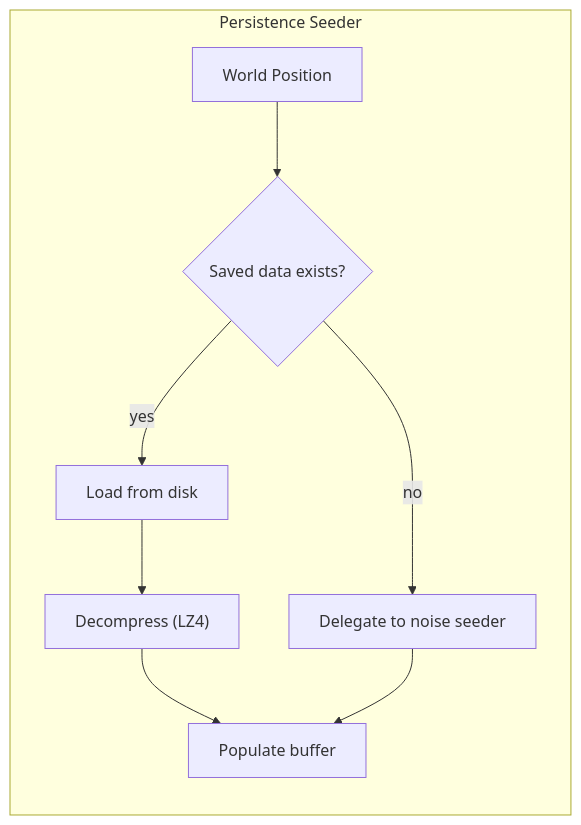
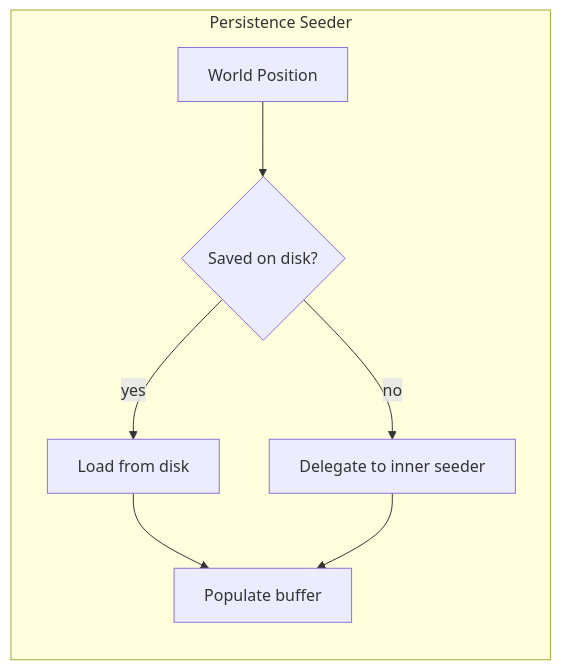
One commit to api-haus/bevy_pixel_world changed the third of 6 diagrams in docs/arhitecture/chunk-seeding.md. Above: the diagram before and after it, drawn with Mermaid. The commit also changed other lines of this file and 22 other files, not shown here.

````diff
--- a/docs/arhitecture/chunk-seeding.md
+++ b/docs/arhitecture/chunk-seeding.md
@@ -81,12 +81,11 @@
 ```mermaid
 flowchart TB
     subgraph PersistenceSeeder["Persistence Seeder"]
         direction TB
-        Pos["World Position"] --> Check{Saved data exists?}
+        Pos["World Position"] --> Check{Saved on disk?}
         Check -->|" yes "| Load["Load from disk"]
-        Check -->|" no "| Fallback["Delegate to noise seeder"]
-        Load --> Decompress["Decompress (LZ4)"]
-        Decompress --> Buffer["Populate buffer"]
+        Check -->|" no "| Fallback["Delegate to inner seeder"]
+        Load --> Buffer["Populate buffer"]
         Fallback --> Buffer
     end
 ```
````
